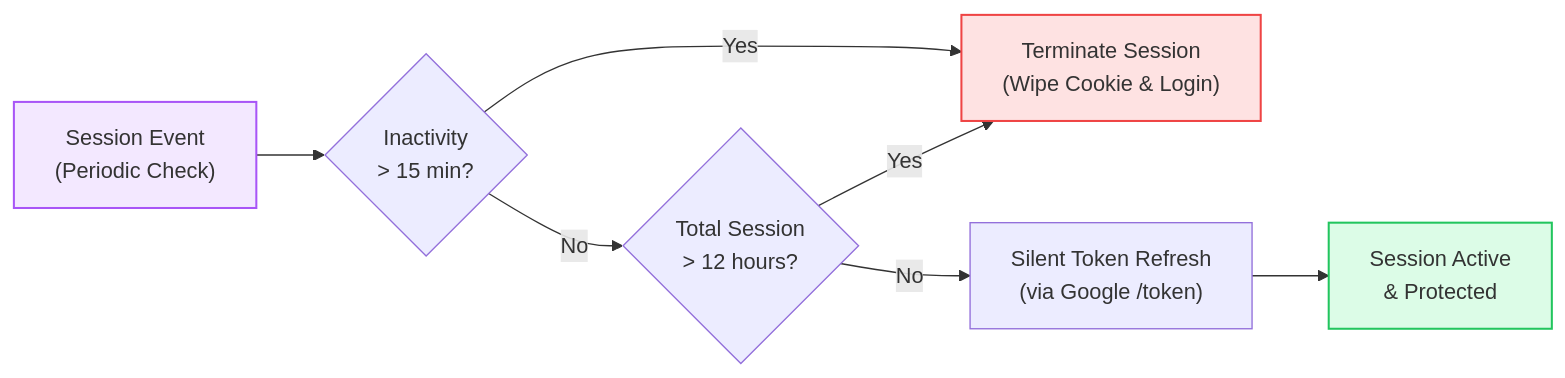
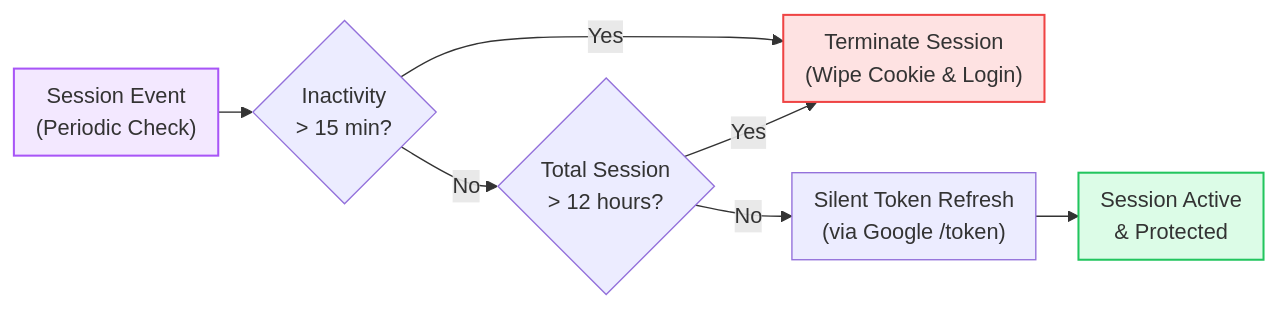
The fourth of 9 diagrams in README.md (Kenono2000/enterprise-rag-pgvector-rbac), drawn with Mermaid before and after one commit. The commit also changed other lines of this file, not shown here.

````diff
--- a/README.md
+++ b/README.md
@@ -267,13 +160,12 @@
 ```mermaid
+%%{init: {'flowchart': {'nodeSpacing': 15, 'rankSpacing': 25, 'padding': 8}}}%%
 flowchart LR
     Check["Session Event<br/>(Periodic Check)"] --> Idle{"Inactivity<br/>> 15 min?"}
     Idle -->|Yes| Terminate["Terminate Session<br/>(Wipe Cookie & Login)"]
     Idle -->|No| Ceiling{"Total Session<br/>> 12 hours?"}
     Ceiling -->|Yes| Terminate
-    Ceiling -->|No| Refresh["Silent Token Refresh<br/>(via Google /token)"]
-    Refresh --> OK["Session Active<br/>& Protected"]
-
+    Ceiling -->|No| Refresh["Silent Token Refresh<br/>(via Google /token)"] --> OK["Session Active<br/>& Protected"]
     style Terminate fill:#fee2e2,stroke:#ef4444,stroke-width:1.5px
     style OK fill:#dcfce7,stroke:#22c55e,stroke-width:1.5px
     style Check fill:#f3e8ff,stroke:#a855f7,stroke-width:1.5px
 ```
````
